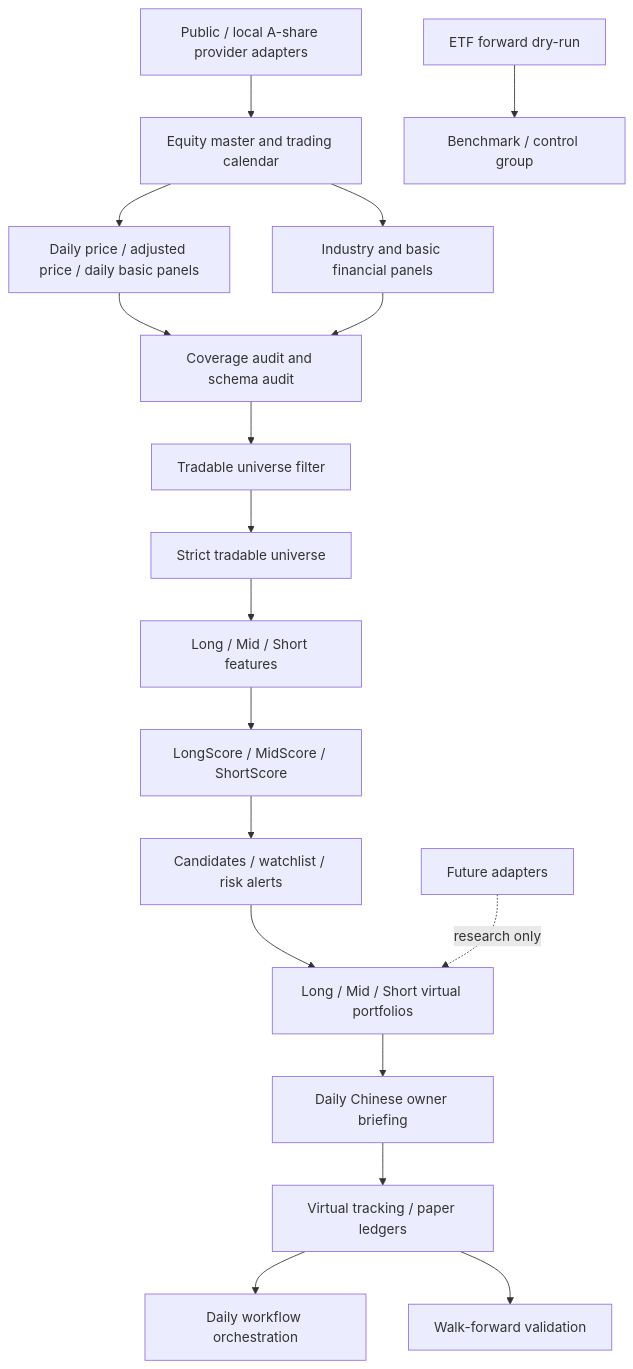
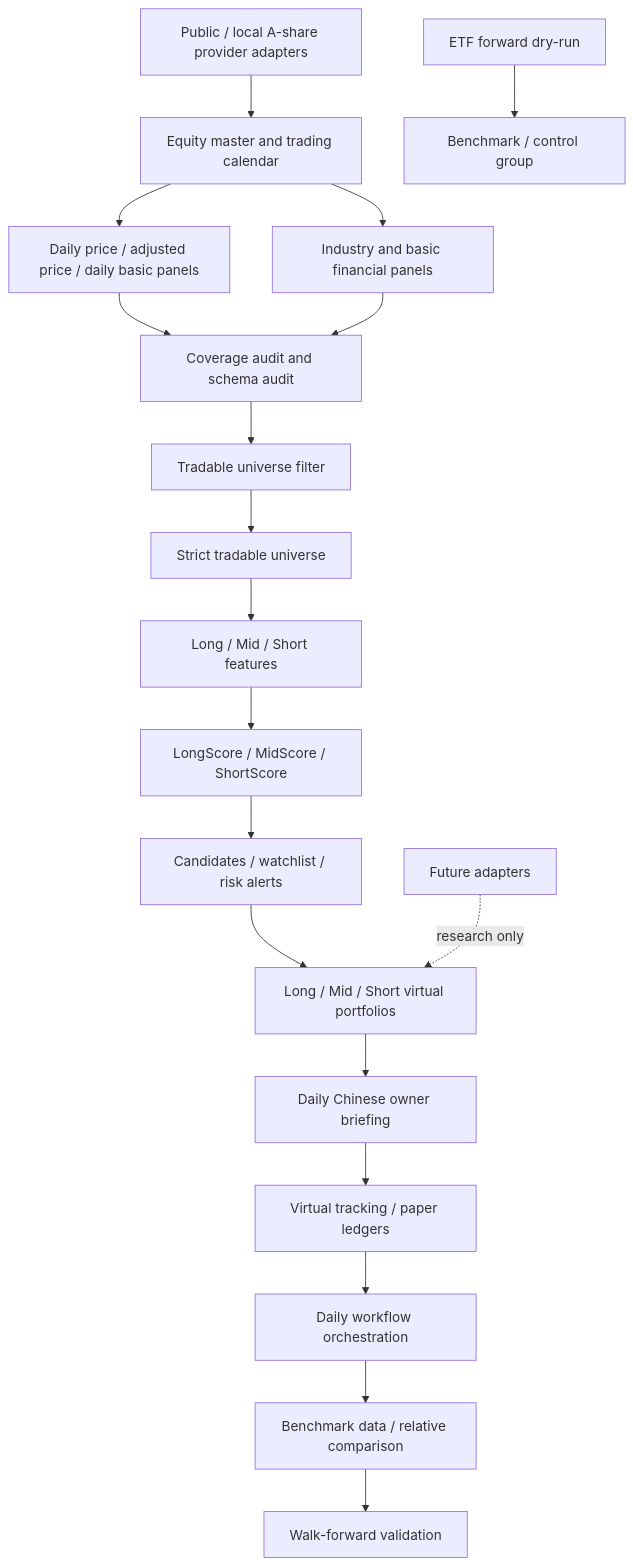
One commit to chuyc11/atlas-trading-core changed the diagram in docs/V0_7_ARCHITECTURE.md. Above: the diagram before and after it, drawn with Mermaid. The commit also changed other lines of this file and 16 other files, not shown here.

Commit message:
chore: release v0.7.10 A-share benchmark comparison

````diff
--- a/docs/V0_7_ARCHITECTURE.md
+++ b/docs/V0_7_ARCHITECTURE.md
@@ -42,20 +44,21 @@
 ```mermaid
 flowchart TD
   P["Public / local A-share provider adapters"] --> U["Equity master and trading calendar"]
   U --> M["Daily price / adjusted price / daily basic panels"]
   U --> I["Industry and basic financial panels"]
   M --> Q["Coverage audit and schema audit"]
   I --> Q
   Q --> B["Tradable universe filter"]
   B --> C["Strict tradable universe"]
   C --> D0["Long / Mid / Short features"]
   D0 --> D["LongScore / MidScore / ShortScore"]
   D --> E["Candidates / watchlist / risk alerts"]
   E --> F["Long / Mid / Short virtual portfolios"]
   F --> G["Daily Chinese owner briefing"]
   G --> T["Virtual tracking / paper ledgers"]
   T --> W["Daily workflow orchestration"]
-  T --> H["Walk-forward validation"]
+  W --> B0["Benchmark data / relative comparison"]
+  B0 --> H["Walk-forward validation"]
   X["ETF forward dry-run"] --> J["Benchmark / control group"]
   K["Future adapters"] -. "research only" .-> F
 ```
````
